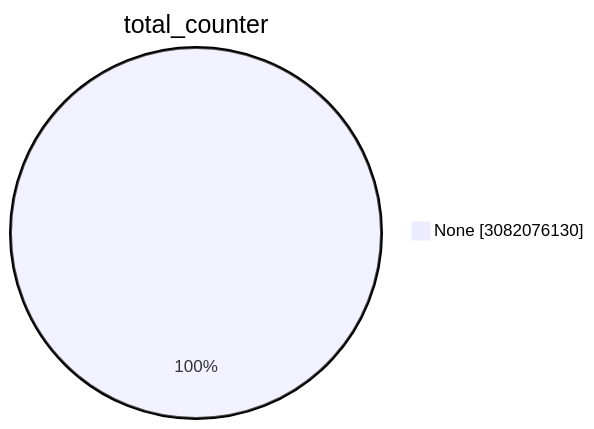
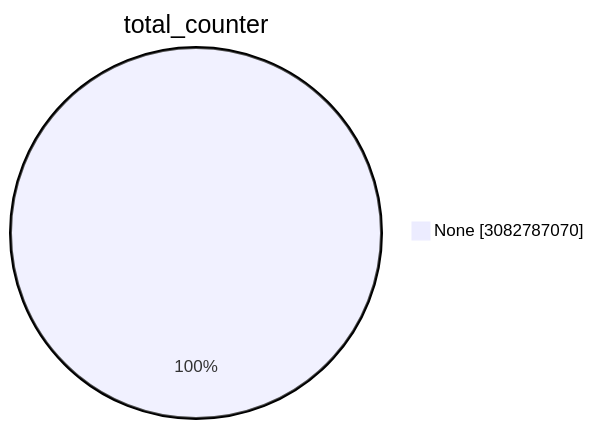
Before and after one commit to christiankrug/ctmonitor_visualization: the first of 15 diagrams in TOTAL/README.md, drawn with Mermaid. The commit also changed other lines of this file, not shown here.

````diff
--- a/TOTAL/README.md
+++ b/TOTAL/README.md
@@ -1,5 +1,5 @@
 ```mermaid
 pie showData
 title total_counter
-"None" :3082076130
+"None" :3082787070
 ```
````
